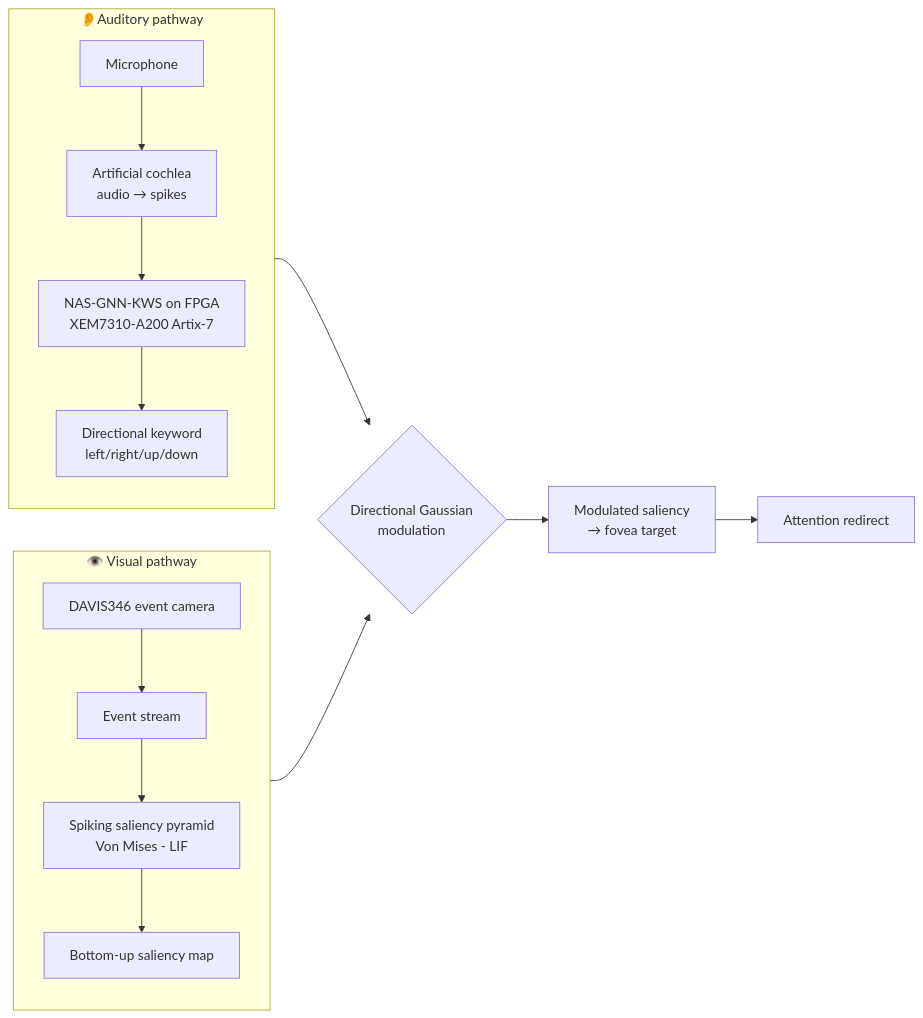
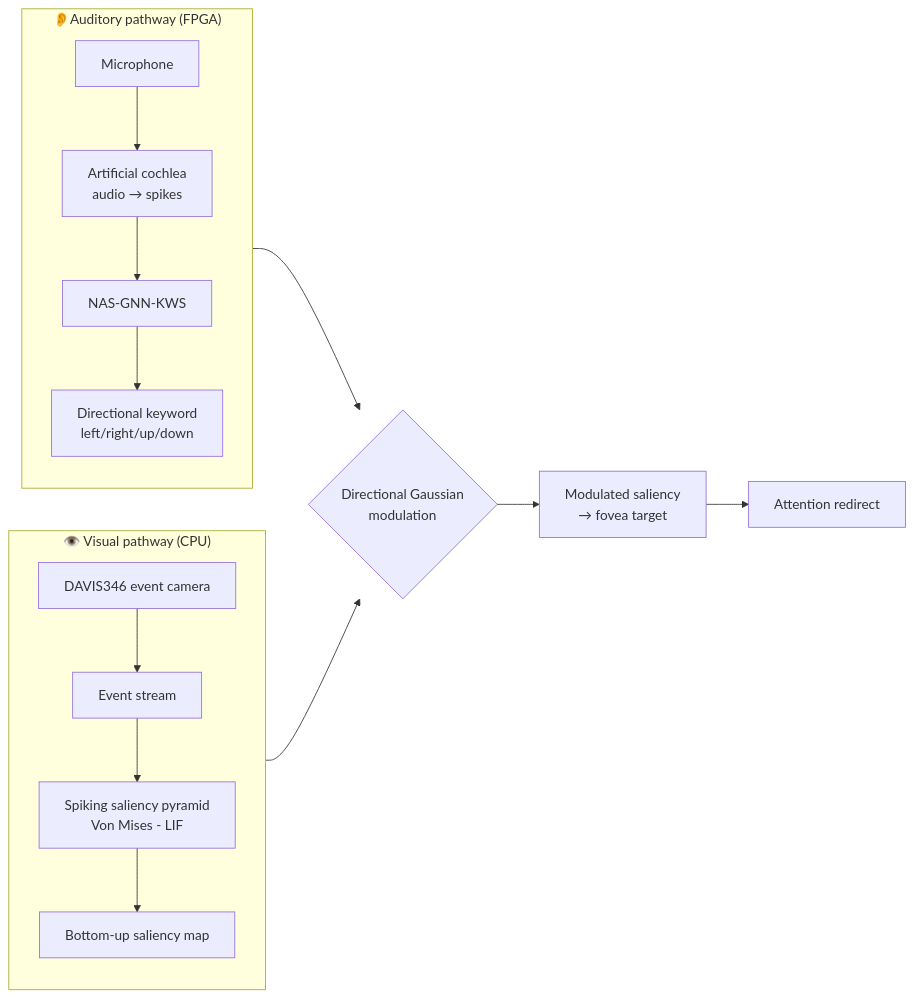
The diagram in README.md (Neuro-inspired-Perception-and-Cognition/kws_visual_attention), drawn with Mermaid before and after one commit.

````diff
--- a/README.md
+++ b/README.md
@@ -37,19 +37,19 @@
 ```mermaid
 flowchart LR
-    subgraph V["👁️ Visual pathway"]
+    subgraph V["👁️ Visual pathway (CPU)"]
         direction TB
         CAM["DAVIS346 event camera"] --> EV["Event stream"]
         EV --> SAL["Spiking saliency pyramid<br/>Von Mises - LIF"]
         SAL --> SMAP["Bottom-up saliency map"]
     end
-    subgraph A["👂Auditory pathway"]
+    subgraph A["👂Auditory pathway (FPGA)"]
         direction TB
         MIC["Microphone"] --> COCH["Artificial cochlea<br/>audio → spikes"]
-        COCH --> KWS["NAS-GNN-KWS on FPGA<br/>XEM7310-A200 Artix-7"]
+        COCH --> KWS["NAS-GNN-KWS"]
         KWS --> WORD["Directional keyword<br/>left/right/up/down"]
     end
     SMAP --> MOD{"Directional Gaussian<br/>modulation"}
     WORD --> MOD
     MOD --> TGT["Modulated saliency<br/>→ fovea target"]
     TGT --> SYSTEM["Attention redirect"]
 ```
````
